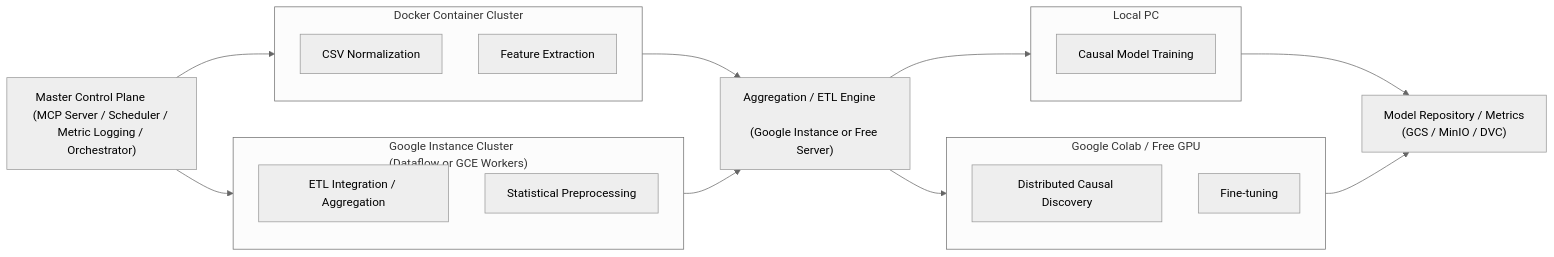
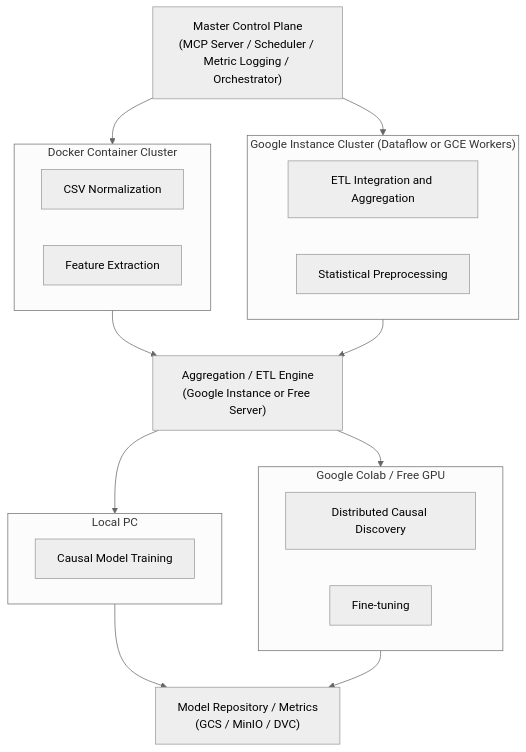
The diagram in SYSTEM_ARCHE.md (bertshun/testmodel), drawn with Mermaid (neutral theme) before and after one commit. The commit also changed other lines of this file, not shown here.

Commit message:
add arch version 13

````diff
--- a/SYSTEM_ARCHE.md
+++ b/SYSTEM_ARCHE.md
@@ -3,55 +3,55 @@
 ```mermaid
-flowchart LR
+flowchart TB
 
 %% =========================
 %% Control Plane
 %% =========================
-A["Master Control Plane        \n(MCP Server / Scheduler / Metric Logging / Orchestrator)"]
+A["Master Control Plane\n(MCP Server / Scheduler / Metric Logging / Orchestrator)"]
 
 %% =========================
 %% Data Processing Layer
 %% =========================
-subgraph B1["Docker Container Cluster              "]
-    B1a["CSV Normalization            "]
-    B1b["Feature Extraction           "]
+subgraph B1["Docker Container Cluster"]
+    B1a["CSV Normalization"]
+    B1b["Feature Extraction"]
 end
 
-subgraph B2["Google Instance Cluster            \n(Dataflow or GCE Workers)"]
-    B2a["ETL Integration / Aggregation          "]
-    B2b["Statistical Preprocessing              "]
+subgraph B2["Google Instance Cluster (Dataflow or GCE Workers)"]
+    B2b["ETL Integration and Aggregation"]
+    B2c["Statistical Preprocessing"]
 end
 
 %% =========================
 %% Aggregation Layer
 %% =========================
-C["Aggregation / ETL Engine                \n(Google Instance or Free Server)"]
+C["Aggregation / ETL Engine\n(Google Instance or Free Server)"]
 
 %% =========================
 %% Learning Layer
 %% =========================
-subgraph D1["Local PC                  "]
-    D1a["Causal Model Training          "]
+subgraph D1["Local PC"]
+    D1a["Causal Model Training"]
 end
 
-subgraph D2["Google Colab / Free GPU                "]
-    D2a["Distributed Causal Discovery         "]
-    D2b["Fine-tuning                         "]
+subgraph D2["Google Colab / Free GPU"]
+    D2a["Distributed Causal Discovery"]
+    D2b["Fine-tuning"]
 end
 
 %% =========================
 %% Repository Layer
 %% =========================
-E["Model Repository / Metrics            \n(GCS / MinIO / DVC)"]
+E["Model Repository / Metrics\n(GCS / MinIO / DVC)"]
 
 %% =========================
 %% Connections
 %% =========================
 A --> B1
 A --> B2
 B1 --> C
 B2 --> C
 C --> D1
 C --> D2
 D1 --> E
 D2 --> E
 ```
````
